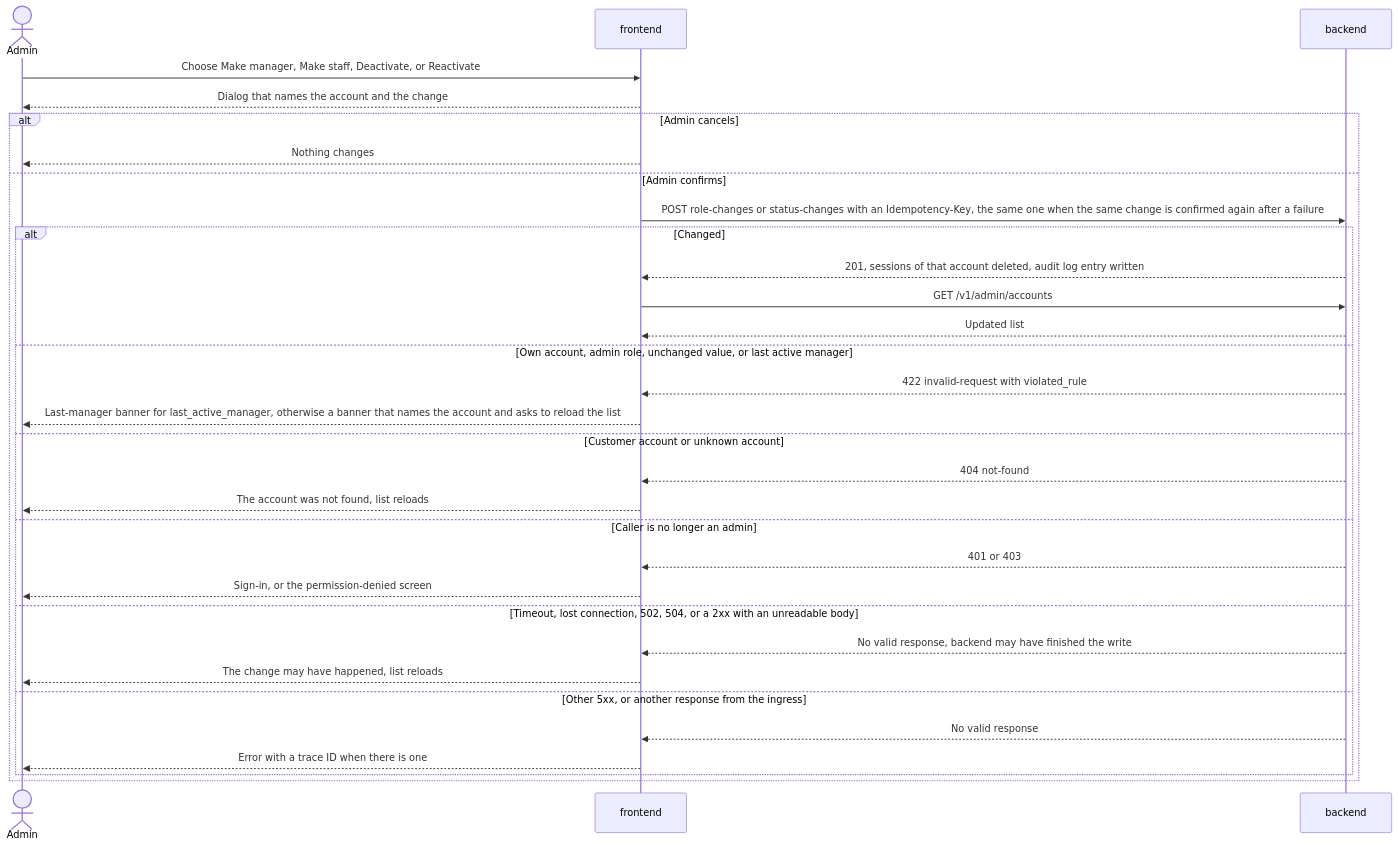
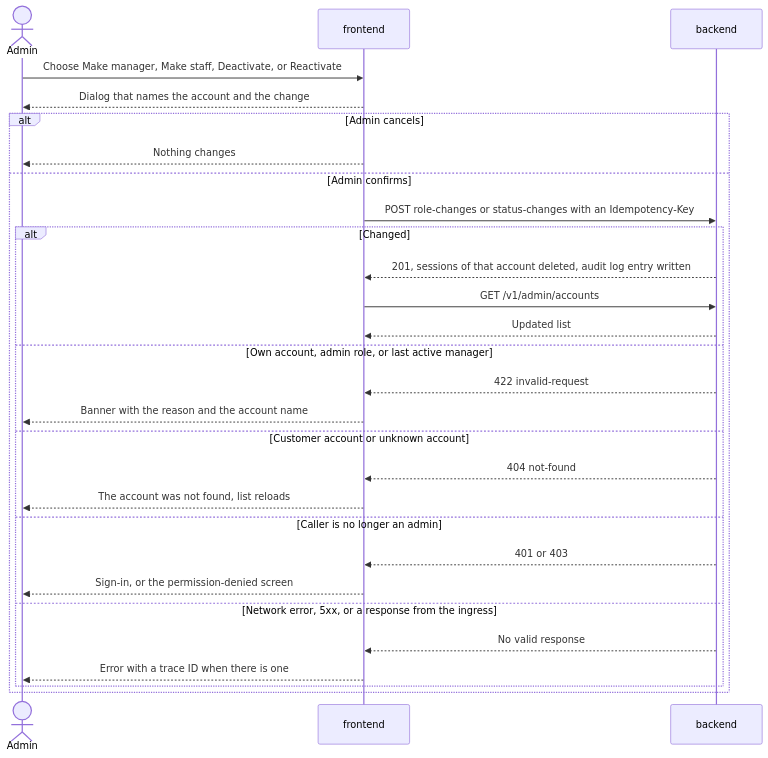
The diagram in docs/design/admin-ui.md (ml-system-design-nhom-5/SupportIQ), drawn with Mermaid before and after one commit. The commit also changed other lines of this file and 1898 other files, not shown here.

````diff
--- a/docs/design/admin-ui.md
+++ b/docs/design/admin-ui.md
@@ -148,33 +105,30 @@
 ```mermaid
 sequenceDiagram
     actor Admin
     participant FE as frontend
     participant BE as backend
     Admin->>FE: Choose Make manager, Make staff, Deactivate, or Reactivate
     FE-->>Admin: Dialog that names the account and the change
     alt Admin cancels
         FE-->>Admin: Nothing changes
     else Admin confirms
-        FE->>BE: POST role-changes or status-changes with an Idempotency-Key, the same one when the same change is confirmed again after a failure
+        FE->>BE: POST role-changes or status-changes with an Idempotency-Key
         alt Changed
             BE-->>FE: 201, sessions of that account deleted, audit log entry written
             FE->>BE: GET /v1/admin/accounts
             BE-->>FE: Updated list
-        else Own account, admin role, unchanged value, or last active manager
-            BE-->>FE: 422 invalid-request with violated_rule
-            FE-->>Admin: Last-manager banner for last_active_manager, otherwise a banner that names the account and asks to reload the list
+        else Own account, admin role, or last active manager
+            BE-->>FE: 422 invalid-request
+            FE-->>Admin: Banner with the reason and the account name
         else Customer account or unknown account
             BE-->>FE: 404 not-found
             FE-->>Admin: The account was not found, list reloads
         else Caller is no longer an admin
             BE-->>FE: 401 or 403
             FE-->>Admin: Sign-in, or the permission-denied screen
-        else Timeout, lost connection, 502, 504, or a 2xx with an unreadable body
-            BE-->>FE: No valid response, backend may have finished the write
-            FE-->>Admin: The change may have happened, list reloads
-        else Other 5xx, or another response from the ingress
+        else Network error, 5xx, or a response from the ingress
             BE-->>FE: No valid response
             FE-->>Admin: Error with a trace ID when there is one
         end
     end
 ```
````
